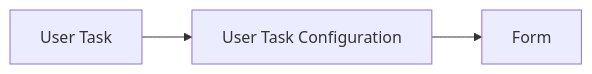
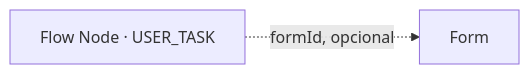
One commit to hermesnet-git/journey-admin changed the second of 3 diagrams in requisitos/admin/ej-admin-modelo-dados-conceitual.md. Above: the diagram before and after it, drawn with Mermaid. The commit also changed other lines of this file and 5 other files, not shown here.

````diff
--- a/requisitos/admin/ej-admin-modelo-dados-conceitual.md
+++ b/requisitos/admin/ej-admin-modelo-dados-conceitual.md
@@ -242,9 +242,7 @@
 ```mermaid
 flowchart LR
-    USER_TASK[User Task]
-    CONFIG[User Task Configuration]
+    USER_TASK[Flow Node · USER_TASK]
     FORM[Form]
 
-    USER_TASK --> CONFIG
-    CONFIG --> FORM
+    USER_TASK -.->|formId, opcional| FORM
 ```
````
